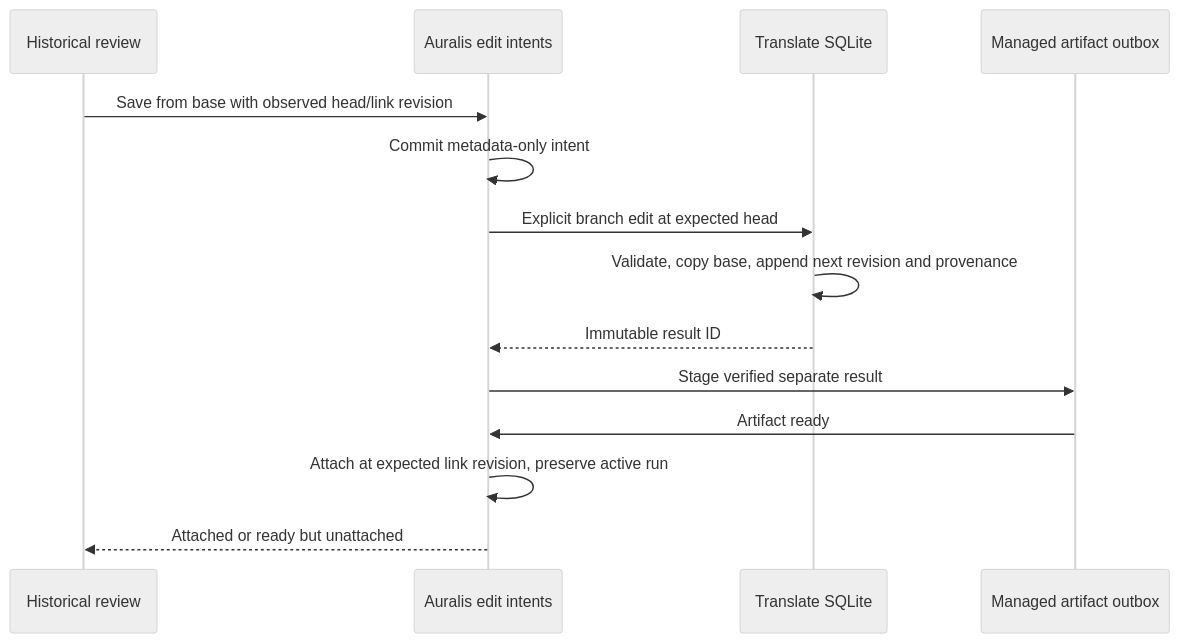
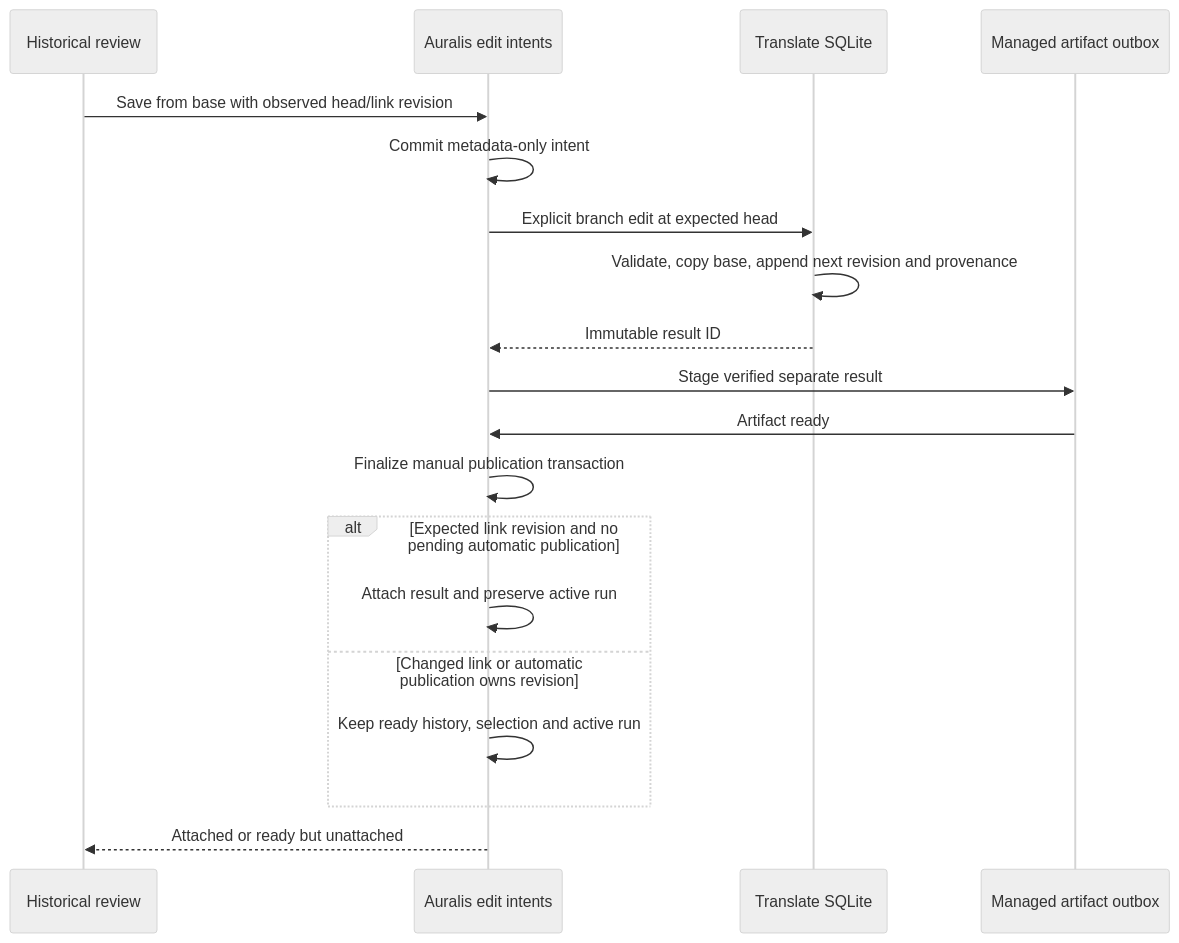
One commit to Ermolz69/auralis-translate changed the diagram in docs/architecture/015-historical-result-edits.md. Above: the diagram before and after it, drawn with Mermaid (neutral theme). The commit also changed other lines of this file and 5 other files, not shown here.

First line of the commit message:
docs(docs): define manual translation publication ordering

````diff
--- a/docs/architecture/015-historical-result-edits.md
+++ b/docs/architecture/015-historical-result-edits.md
@@ -60,16 +60,21 @@
 ```mermaid
 sequenceDiagram
     participant U as Historical review
     participant H as Auralis edit intents
     participant T as Translate SQLite
     participant O as Managed artifact outbox
     U->>H: Save from base with observed head/link revision
     H->>H: Commit metadata-only intent
     H->>T: Explicit branch edit at expected head
     T->>T: Validate, copy base, append next revision and provenance
     T-->>H: Immutable result ID
     H->>O: Stage verified separate result
     O->>H: Artifact ready
-    H->>H: Attach at expected link revision, preserve active run
+    H->>H: Finalize manual publication transaction
+    alt Expected link revision and no pending automatic publication
+        H->>H: Attach result and preserve active run
+    else Changed link or automatic publication owns revision
+        H->>H: Keep ready history, selection and active run
+    end
     H-->>U: Attached or ready but unattached
 ```
````
